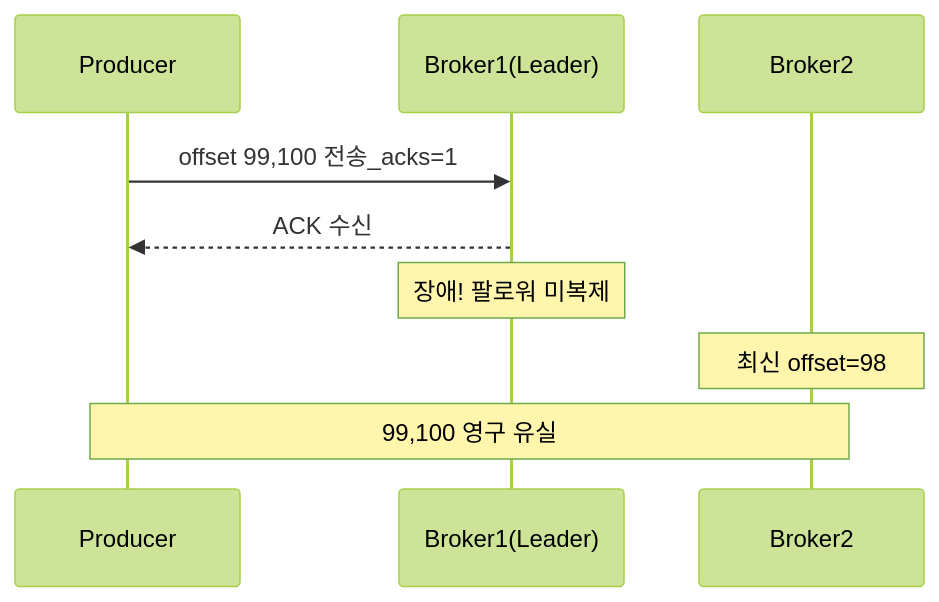
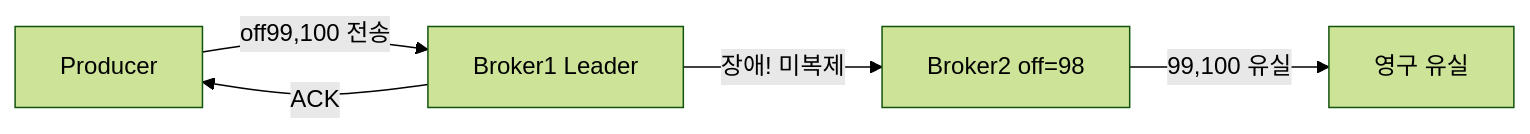
One commit to yjkim2015/yjkim2015.github.io changed the second of 21 diagrams in _posts/kafka/2026-05-01-kafka-extreme-scenarios.md. Above: the diagram before and after it, drawn with Mermaid (forest theme). The commit also changed other lines of this file and 84 other files, not shown here.

First line of the commit message:
85개 포스트 Mermaid 다이어그램 규칙 일괄 수정

````diff
--- a/_posts/kafka/2026-05-01-kafka-extreme-scenarios.md
+++ b/_posts/kafka/2026-05-01-kafka-extreme-scenarios.md
@@ -32,11 +32,7 @@
 ```mermaid
-sequenceDiagram
-    participant P as Producer
-    participant B1 as Broker1(Leader)
-    participant B2 as Broker2
-    P->>B1: offset 99,100 전송_acks=1
-    B1-->>P: ACK 수신
-    Note over B1: 장애! 팔로워 미복제
-    Note over B2: 최신 offset=98
-    Note over P,B2: 99,100 영구 유실
+graph LR
+    P["Producer"] -->|"off99,100 전송"| B1["Broker1 Leader"]
+    B1 -->|"ACK"| P
+    B1 -->|"장애! 미복제"| B2["Broker2 off=98"]
+    B2 -->|"99,100 유실"| LOST["영구 유실"]
 ```
````
